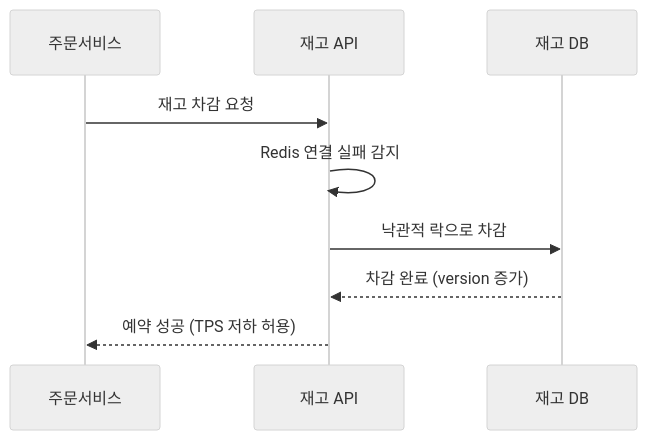
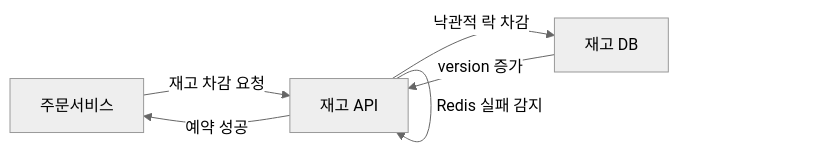
The third of 4 diagrams in _posts/systemdesign/2026-05-11-system-design-inventory.md (yjkim2015/yjkim2015.github.io), drawn with Mermaid (neutral theme) before and after one commit. The commit also changed other lines of this file and 84 other files, not shown here.

First line of the commit message:
85개 포스트 Mermaid 다이어그램 규칙 일괄 수정

````diff
--- a/_posts/systemdesign/2026-05-11-system-design-inventory.md
+++ b/_posts/systemdesign/2026-05-11-system-design-inventory.md
@@ -175,11 +172,8 @@
 ```mermaid
-sequenceDiagram
-    participant OS as 주문서비스
-    participant IS as 재고 API
-    participant DB as 재고 DB
-    OS->>IS: 재고 차감 요청
-    IS->>IS: Redis 연결 실패 감지
-    IS->>DB: 낙관적 락으로 차감
-    DB-->>IS: 차감 완료 (version 증가)
-    IS-->>OS: 예약 성공 (TPS 저하 허용)
+graph LR
+    A[주문서비스] -->|재고 차감 요청| B[재고 API]
+    B -->|Redis 실패 감지| B
+    B -->|낙관적 락 차감| C[재고 DB]
+    C -->|version 증가| B
+    B -->|예약 성공| A
 ```
````
